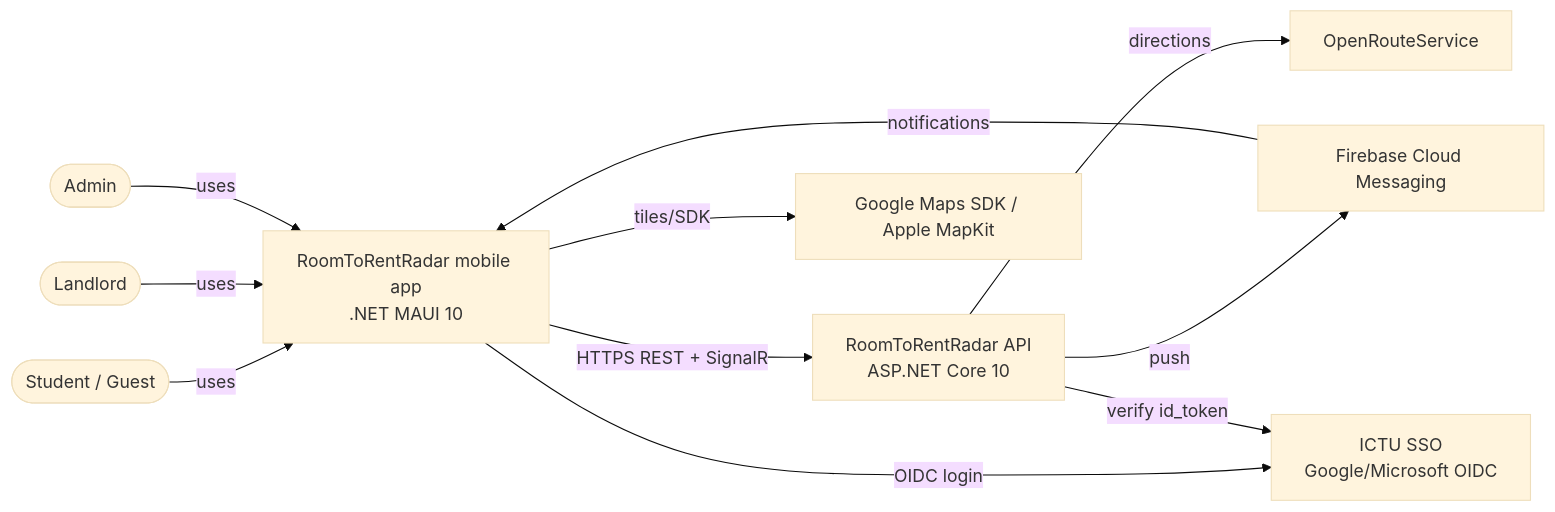
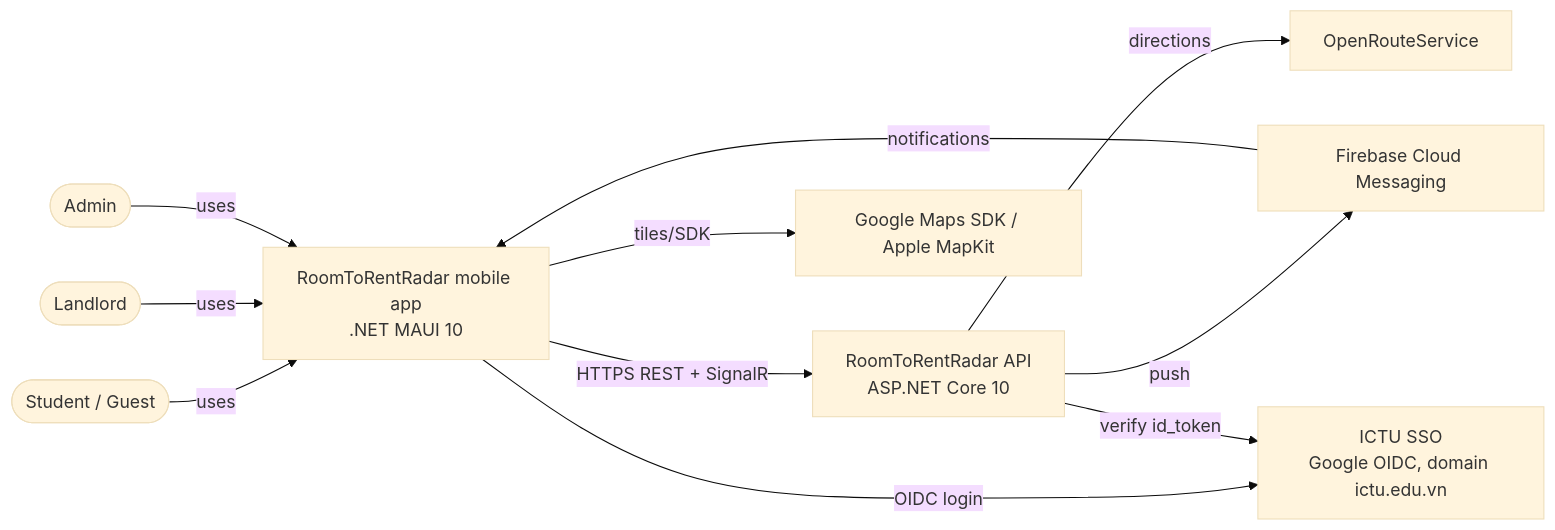
The first of 2 diagrams in docs/system-architecture.md (luong2024/RoomToRentRadar), drawn with Mermaid (base theme) before and after one commit. The commit also changed 3 other files, not shown here.

Commit message:
Task: record Google SSO and admin decisions

````diff
--- a/docs/system-architecture.md
+++ b/docs/system-architecture.md
@@ -15,13 +15,13 @@
 ```mermaid
 flowchart LR
   Student([Student / Guest]) -->|uses| App[RoomToRentRadar mobile app<br/>.NET MAUI 10]
   Landlord([Landlord]) -->|uses| App
   Admin([Admin]) -->|uses| App
   App -->|HTTPS REST + SignalR| API[RoomToRentRadar API<br/>ASP.NET Core 10]
   App -->|tiles/SDK| Maps[Google Maps SDK / Apple MapKit]
-  App -->|OIDC login| SSO[ICTU SSO<br/>Google/Microsoft OIDC]
+  App -->|OIDC login| SSO[ICTU SSO<br/>Google OIDC, domain ictu.edu.vn]
   API -->|push| FCM[Firebase Cloud Messaging]
   FCM -->|notifications| App
   API -->|directions| ORS[OpenRouteService]
   API -->|verify id_token| SSO
 ```
````
